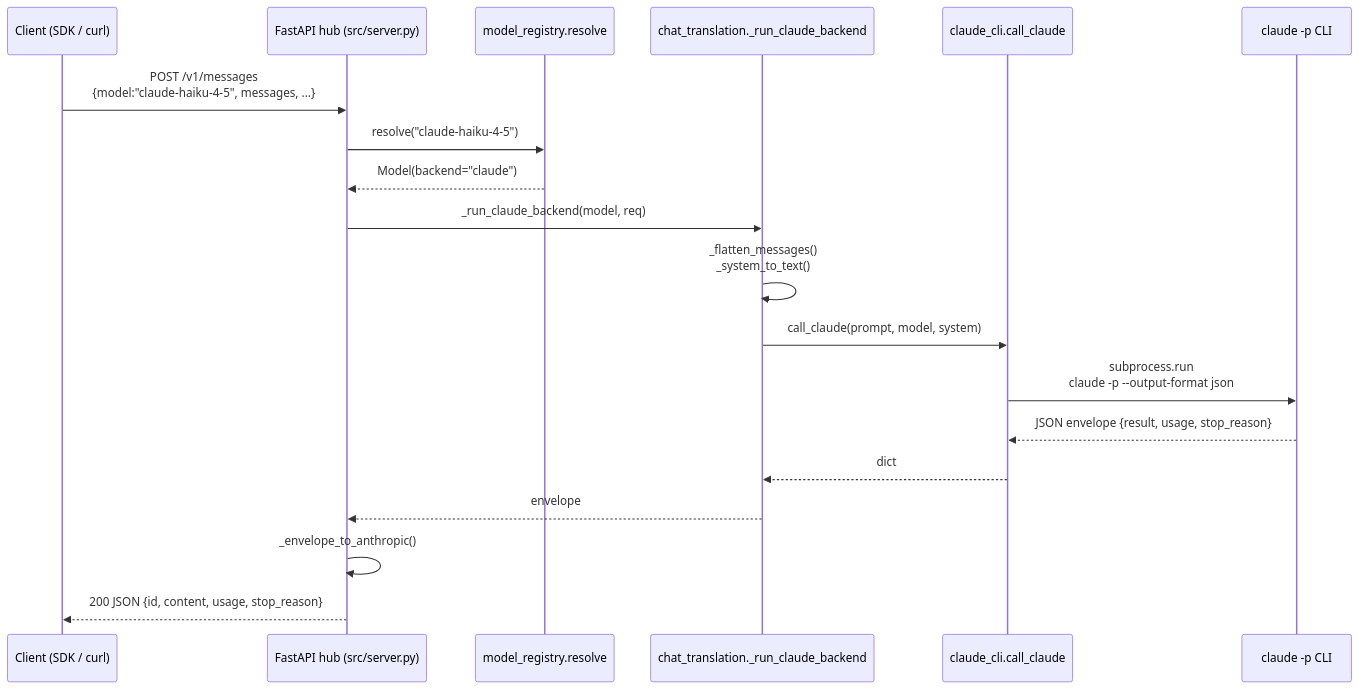
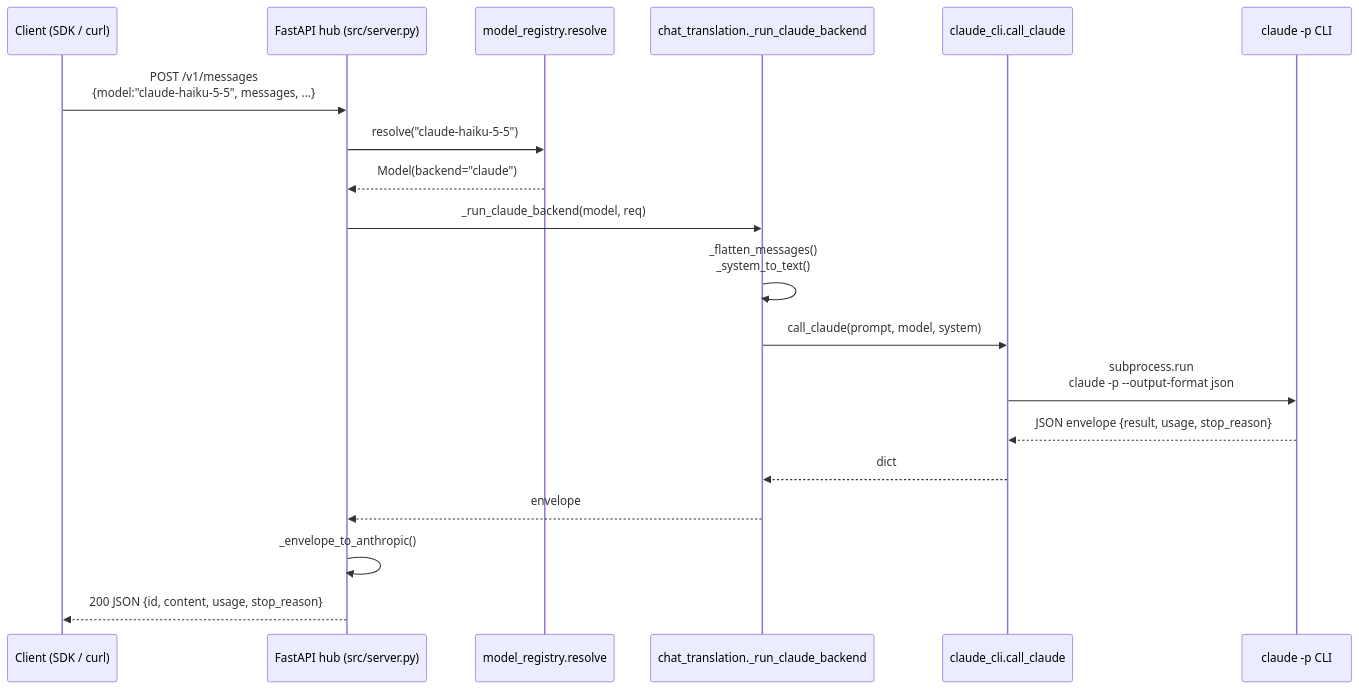
Before and after one commit to ferraroroberto/local-llm-hub: the first of 4 diagrams in docs/project-structure.md, drawn with Mermaid. The commit also changed 14 other files, not shown here.

````diff
--- a/docs/project-structure.md
+++ b/docs/project-structure.md
@@ -40,22 +40,22 @@
 ```mermaid
 sequenceDiagram
     participant C as Client (SDK / curl)
     participant F as FastAPI hub (src/server.py)
     participant R as model_registry.resolve
     participant T as chat_translation._run_claude_backend
     participant W as claude_cli.call_claude
     participant K as claude -p CLI
 
-    C->>F: POST /v1/messages<br/>{model:"claude-haiku-4-5", messages, ...}
-    F->>R: resolve("claude-haiku-4-5")
+    C->>F: POST /v1/messages<br/>{model:"claude-haiku-5-5", messages, ...}
+    F->>R: resolve("claude-haiku-5-5")
     R-->>F: Model(backend="claude")
     F->>T: _run_claude_backend(model, req)
     T->>T: _flatten_messages()<br/>_system_to_text()
     T->>W: call_claude(prompt, model, system)
     W->>K: subprocess.run<br/>claude -p --output-format json
     K-->>W: JSON envelope {result, usage, stop_reason}
     W-->>T: dict
     T-->>F: envelope
     F->>F: _envelope_to_anthropic()
     F-->>C: 200 JSON {id, content, usage, stop_reason}
 ```
````
